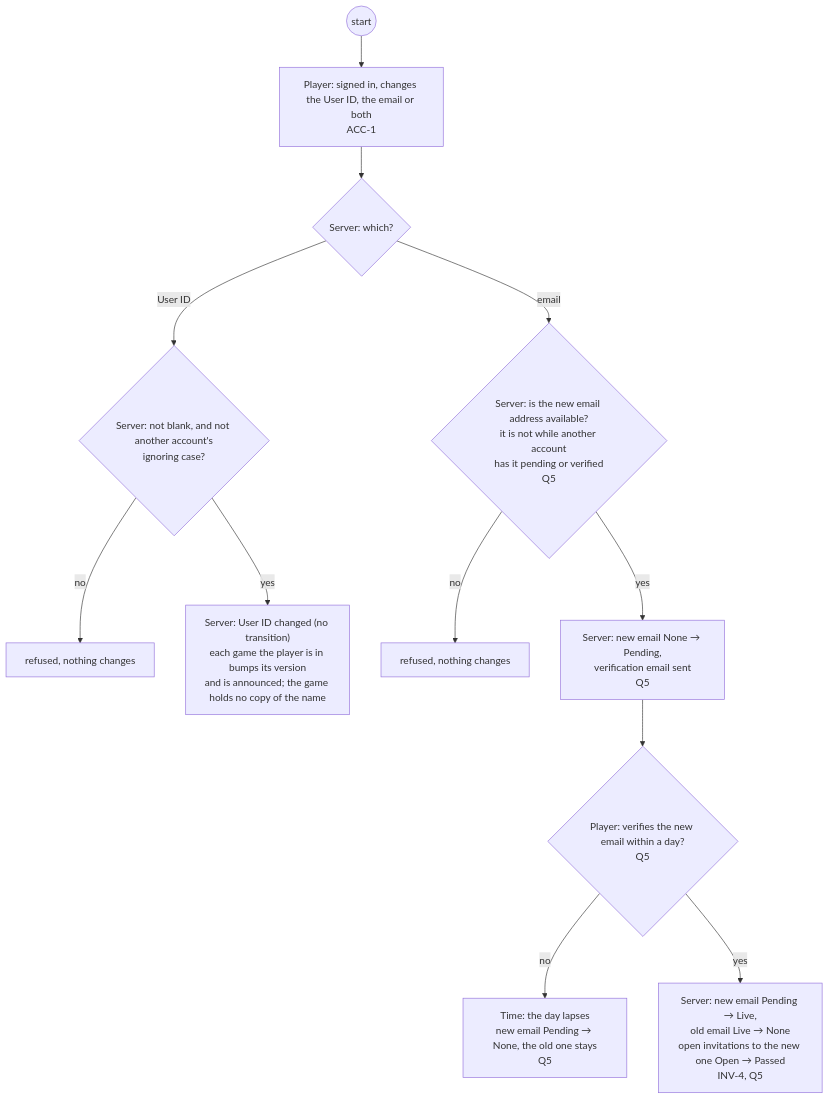
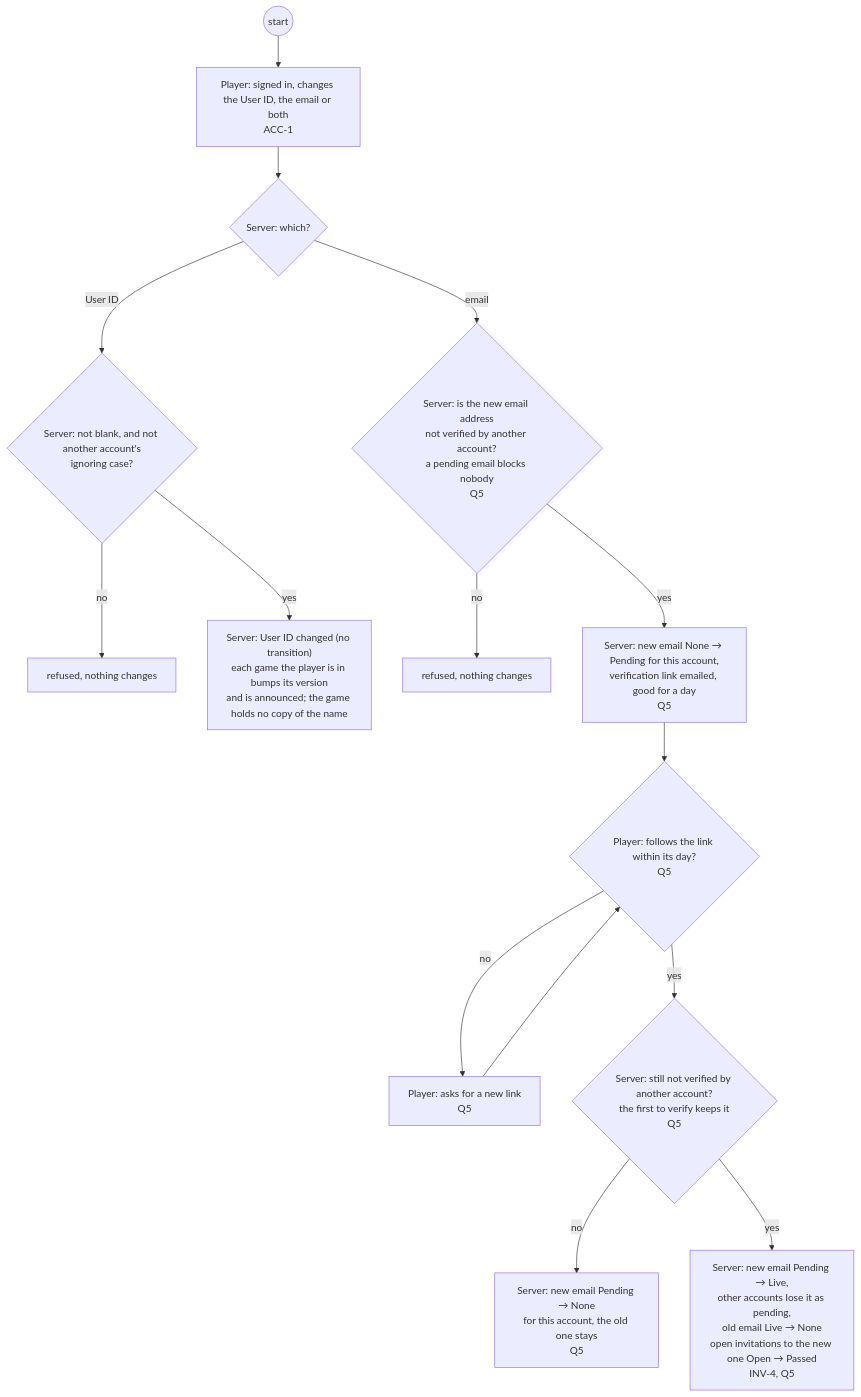
One commit to delphside/programme changed the fourth of 29 diagrams in docs/changes/workstreams/application-game-architecture/71-one-game-model/71-functional.md. Above: the diagram before and after it, drawn with Mermaid. The commit also changed other lines of this file and 1 other file, not shown here.

First line of the commit message:
app 0.9.2 api 2.16: a pending email blocks nobody; first to verify keeps it

````diff
--- a/docs/changes/workstreams/application-game-architecture/71-one-game-model/71-functional.md
+++ b/docs/changes/workstreams/application-game-architecture/71-one-game-model/71-functional.md
@@ -129,14 +132,17 @@
 ```mermaid
 flowchart TD
   s0((start)) --> p1["Player: signed in, changes the User ID, the email or both<br/>ACC-1"]
   p1 --> d0{"Server: which?"}
   d0 -- "User ID" --> v1{"Server: not blank, and not another account's<br/>ignoring case?"}
   v1 -- no --> r1["refused, nothing changes"]
   v1 -- yes --> t1["Server: User ID changed (no transition)<br/>each game the player is in bumps its version<br/>and is announced; the game holds no copy of the name"]
-  d0 -- "email" --> v2{"Server: is the new email address available?<br/>it is not while another account<br/>has it pending or verified<br/>Q5"}
+  d0 -- "email" --> v2{"Server: is the new email address<br/>not verified by another account?<br/>a pending email blocks nobody<br/>Q5"}
   v2 -- no --> r2["refused, nothing changes"]
-  v2 -- yes --> t2["Server: new email None → Pending,<br/>verification email sent<br/>Q5"]
-  t2 --> d1{"Player: verifies the new email within a day?<br/>Q5"}
-  d1 -- no --> t3["Time: the day lapses<br/>new email Pending → None, the old one stays<br/>Q5"]
-  d1 -- yes --> t4["Server: new email Pending → Live,<br/>old email Live → None<br/>open invitations to the new one Open → Passed<br/>INV-4, Q5"]
+  v2 -- yes --> t2["Server: new email None → Pending for this account,<br/>verification link emailed, good for a day<br/>Q5"]
+  t2 --> d1{"Player: follows the link within its day?<br/>Q5"}
+  d1 -- no --> p3["Player: asks for a new link<br/>Q5"]
+  p3 --> d1
+  d1 -- yes --> v3{"Server: still not verified by another account?<br/>the first to verify keeps it<br/>Q5"}
+  v3 -- no --> t3["Server: new email Pending → None<br/>for this account, the old one stays<br/>Q5"]
+  v3 -- yes --> t4["Server: new email Pending → Live,<br/>other accounts lose it as pending,<br/>old email Live → None<br/>open invitations to the new one Open → Passed<br/>INV-4, Q5"]
 ```
````
